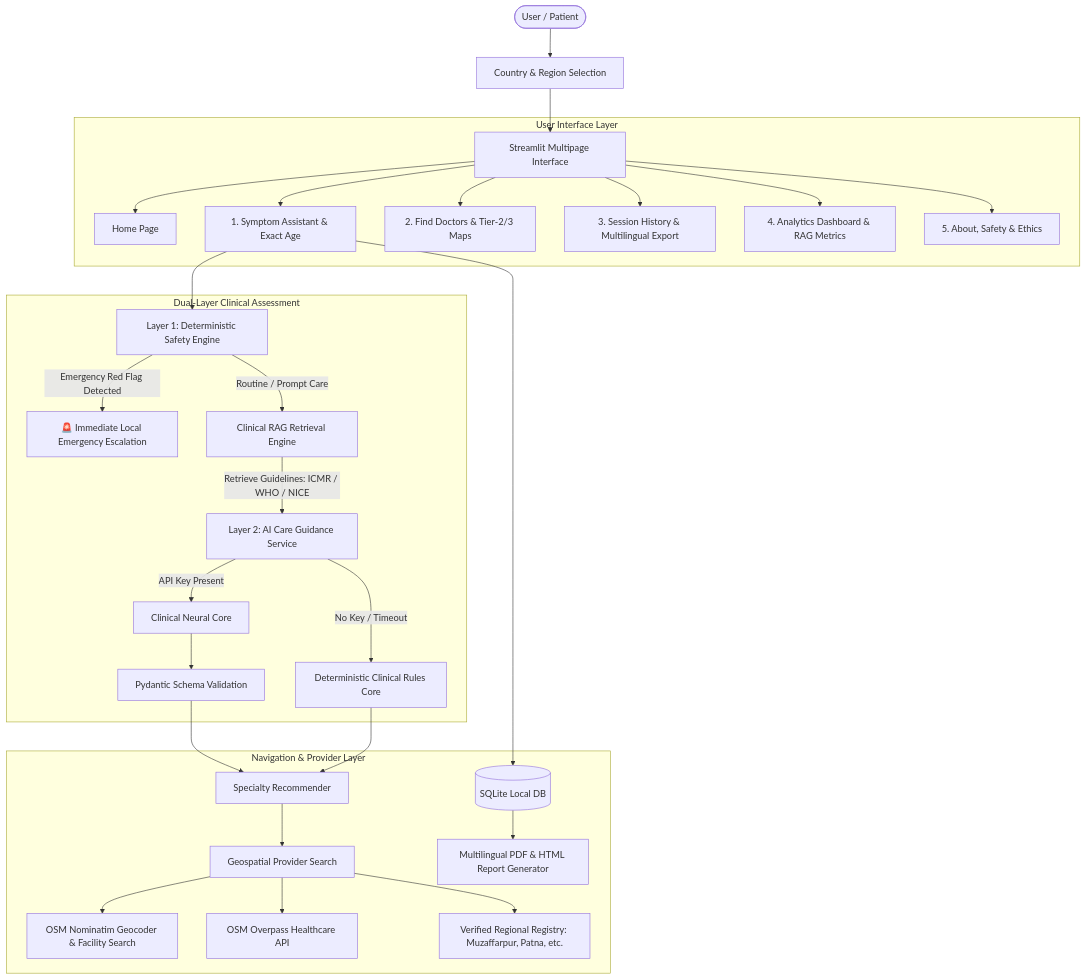
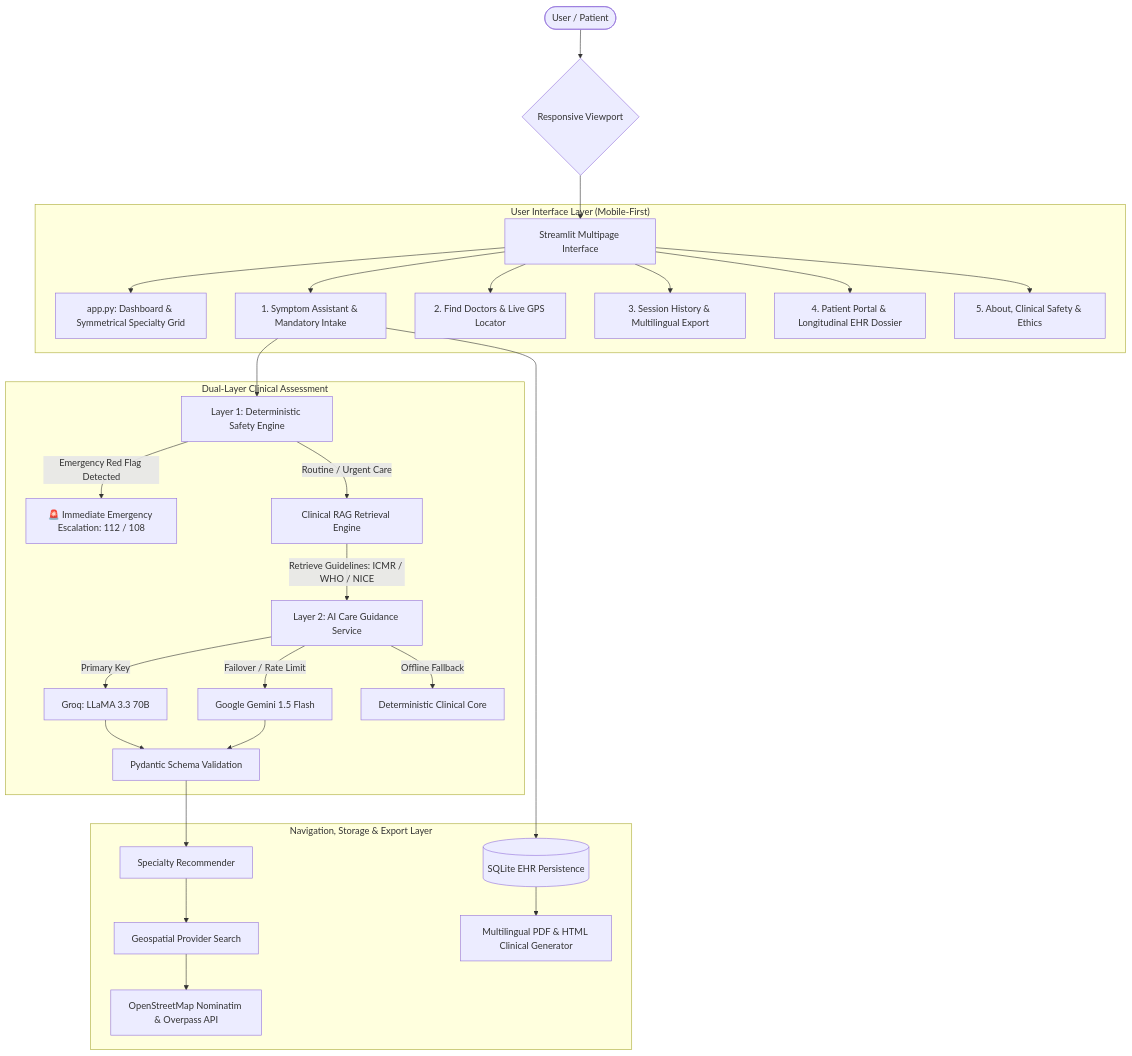
The diagram in README.md (Shariqueperwez/mediguide-ai), drawn with Mermaid before and after one commit. The commit also changed other lines of this file, not shown here.

````diff
--- a/README.md
+++ b/README.md
@@ -33,35 +61,34 @@
 ```mermaid
 flowchart TD
-    User([User / Patient]) --> CountrySel[Country & Region Selection]
-    CountrySel --> UI[Streamlit Multipage Interface]
-    
-    subgraph Frontend["User Interface Layer"]
-        UI --> P_Home[Home Page]
-        UI --> P_Symptom[1. Symptom Assistant & Exact Age]
-        UI --> P_Doctors[2. Find Doctors & Tier-2/3 Maps]
+    User([User / Patient]) --> MobileDesktop{Responsive Viewport}
+    MobileDesktop --> UI[Streamlit Multipage Interface]
+
+    subgraph Frontend["User Interface Layer (Mobile-First)"]
+        UI --> P_Home[app.py: Dashboard & Symmetrical Specialty Grid]
+        UI --> P_Symptom[1. Symptom Assistant & Mandatory Intake]
+        UI --> P_Doctors[2. Find Doctors & Live GPS Locator]
         UI --> P_History[3. Session History & Multilingual Export]
-        UI --> P_Analytics[4. Analytics Dashboard & RAG Metrics]
-        UI --> P_About[5. About, Safety & Ethics]
+        UI --> P_Portal[4. Patient Portal & Longitudinal EHR Dossier]
+        UI --> P_About[5. About, Clinical Safety & Ethics]
     end
 
     subgraph DualSafety["Dual-Layer Clinical Assessment"]
         P_Symptom --> SafetyEngine[Layer 1: Deterministic Safety Engine]
-        SafetyEngine -->|Emergency Red Flag Detected| TriageEmergency[🚨 Immediate Local Emergency Escalation]
-        SafetyEngine -->|Routine / Prompt Care| RAGEngine[Clinical RAG Retrieval Engine]
+        SafetyEngine -->|Emergency Red Flag Detected| TriageEmergency[🚨 Immediate Emergency Escalation: 112 / 108]
+        SafetyEngine -->|Routine / Urgent Care| RAGEngine[Clinical RAG Retrieval Engine]
         RAGEngine -->|Retrieve Guidelines: ICMR / WHO / NICE| AIService[Layer 2: AI Care Guidance Service]
-        AIService -->|API Key Present| NeuralCore[Clinical Neural Core]
-        AIService -->|No Key / Timeout| LocalDemo[Deterministic Clinical Rules Core]
-        NeuralCore --> PydanticVal[Pydantic Schema Validation]
+        AIService -->|Primary Key| GroqCore[Groq: LLaMA 3.3 70B]
+        AIService -->|Failover / Rate Limit| GeminiCore[Google Gemini 1.5 Flash]
+        AIService -->|Offline Fallback| LocalCore[Deterministic Clinical Core]
+        GroqCore --> PydanticVal[Pydantic Schema Validation]
+        GeminiCore --> PydanticVal
     end
 
-    subgraph CareNav["Navigation & Provider Layer"]
+    subgraph CareNav["Navigation, Storage & Export Layer"]
         PydanticVal --> SpecialtyRec[Specialty Recommender]
-        LocalDemo --> SpecialtyRec
         SpecialtyRec --> ProviderSearch[Geospatial Provider Search]
-        ProviderSearch --> Nominatim[OSM Nominatim Geocoder & Facility Search]
-        ProviderSearch --> Overpass[OSM Overpass Healthcare API]
-        ProviderSearch --> RegRegistry[Verified Regional Registry: Muzaffarpur, Patna, etc.]
-        P_Symptom --> DB[(SQLite Local DB)]
-        DB --> ReportGen[Multilingual PDF & HTML Report Generator]
+        ProviderSearch --> OSM[OpenStreetMap Nominatim & Overpass API]
+        P_Symptom --> SQLite[(SQLite EHR Persistence)]
+        SQLite --> ReportGen[Multilingual PDF & HTML Clinical Generator]
     end
 ```
````
